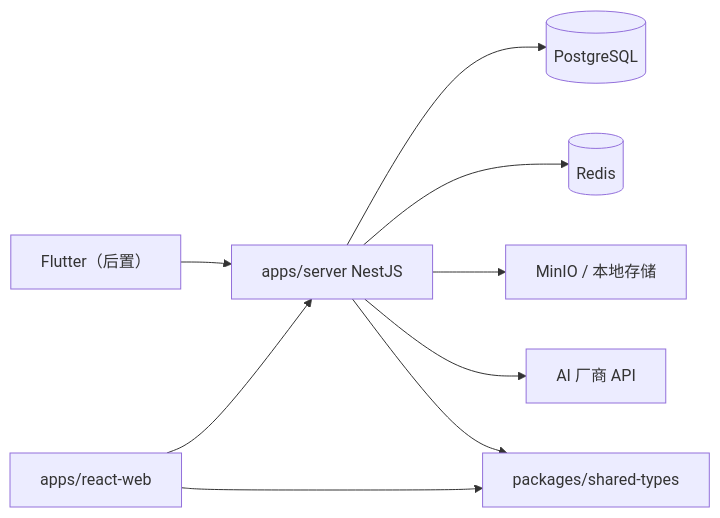
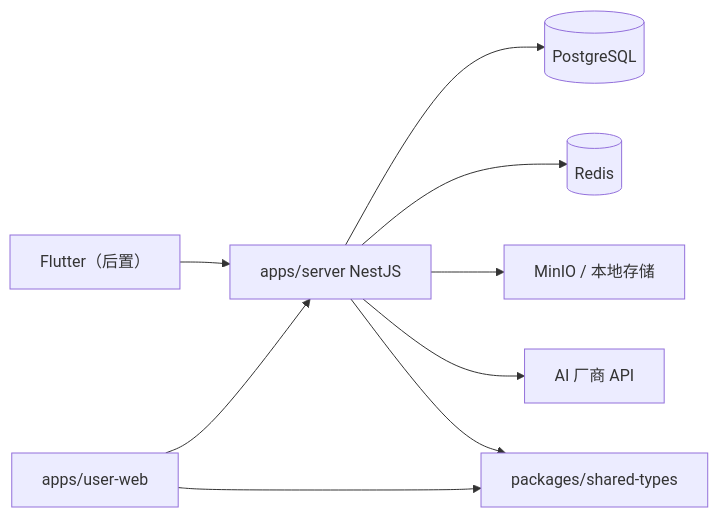
The diagram in docs/history/nest-backend-architecture.md (orangejava/personal-hub), drawn with Mermaid before and after one commit. The commit also changed 728 other files, not shown here.

````diff
--- a/docs/history/nest-backend-architecture.md
+++ b/docs/history/nest-backend-architecture.md
@@ -69,11 +69,11 @@
 ```mermaid
 flowchart LR
-    ReactWeb["apps/react-web"] --> Server["apps/server NestJS"]
+    ReactWeb["apps/user-web"] --> Server["apps/server NestJS"]
     Flutter["Flutter（后置）"] --> Server
     Server --> Pg[("PostgreSQL")]
     Server --> Redis[("Redis")]
     Server --> Storage["MinIO / 本地存储"]
     Server --> LLM["AI 厂商 API"]
     ReactWeb --> Shared["packages/shared-types"]
     Server --> Shared
 ```
````
